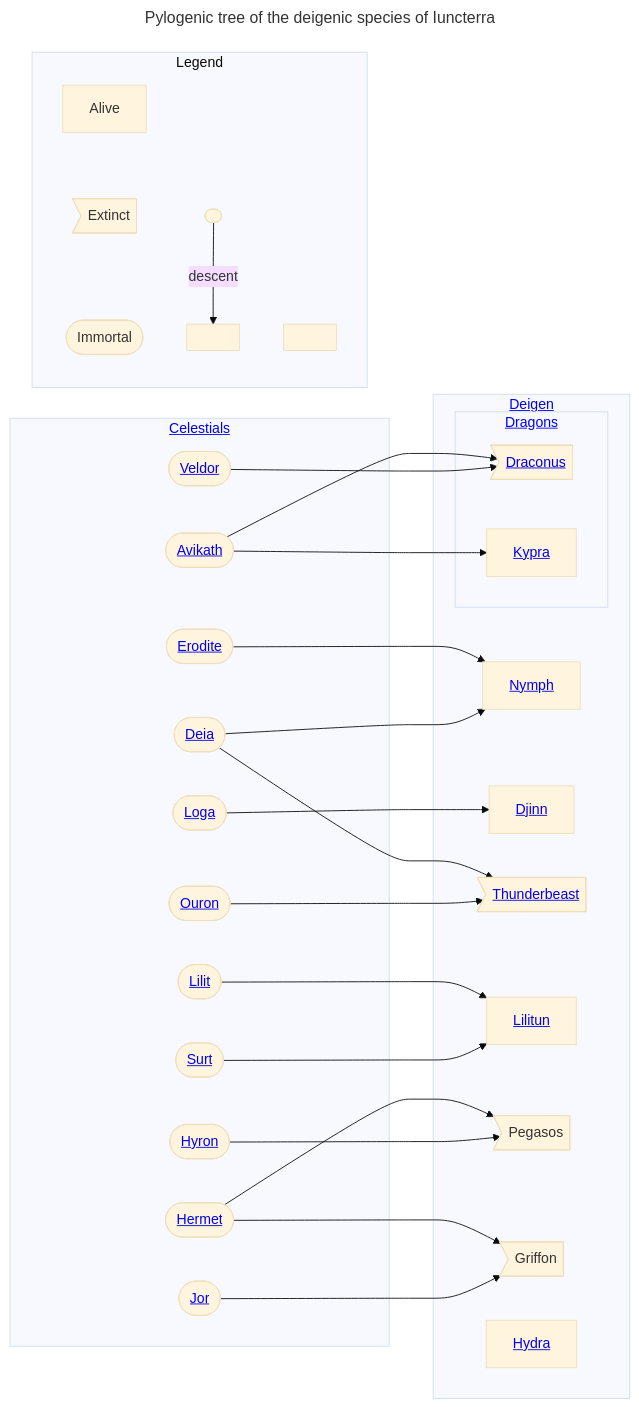
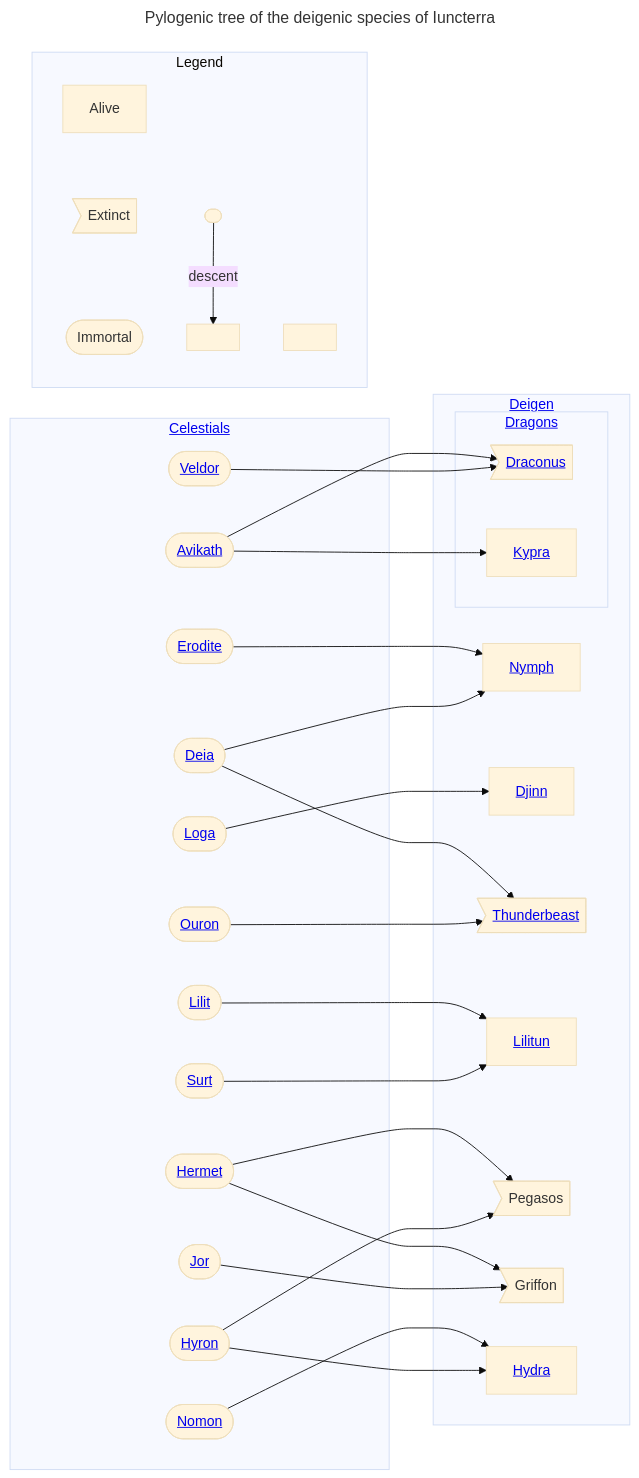
The diagram in source/species/deigen/index.md (TEParsons/Iuncterra), drawn with Mermaid (base theme) before and after one commit.

Commit message:
Add parentage for hydra

````diff
--- a/source/species/deigen/index.md
+++ b/source/species/deigen/index.md
@@ -5,65 +5,68 @@
 ```mermaid
 ---
 title: Pylogenic tree of the deigenic species of Iuncterra
 ---
 flowchart LR
 
 %% define nodes
 subgraph celestials [<a href=/cosmology>Celestials</a>]
 veldor([<a href=/cosmology/fey/fey_tira/veldor>Veldor</a>])
 deia([<a href=/cosmology/fey/fey_eilea/deia>Deia</a>])
 ouron([<a href=/cosmology/fey/fey_eilea/ouron>Ouron</a>])
 jor([<a href=/cosmology/fey/fey_tira/jor>Jor</a>])
 hyron([<a href=/cosmology/fey_tira/hyron>Hyron</a>])
 avikath([<a href=/cosmology/daemons/malefices/avikath>Avikath</a>])
 erodite([<a href=/cosmology/daemons/erodite>Erodite</a>])
 hermet([<a href=/cosmology/daemons/seraphim/hermet>Hermet</a>])
 loga([<a href=/cosmology/daemons/malefices/loga>Loga</a>])
 lilit([<a href=/cosmology/daemons/malefices/lilit>Lilit</a>])
 surt([<a href=/cosmology/daemons/malefices/surt>Surt</a>])
+nomon([<a href=/cosmology/daemons/ambiguates/nomon>Nomon</a>])
 end
 subgraph deigen [<a href=/species/deigen>Deigen</a>]
 subgraph dragons[<a href=/species/deigen/dragons>Dragons</a>]
 draconus><a href=/species/deigen/dragons/draconus>Draconus</a>]
 kypra[<a href=/species/deigen/dragons/kypra>Kypra</a>]
 end
 nymph[<a href=/species/deigen/nymph>Nymph</a>]
 djinn[<a href=/species/deigen/djinn>Djinn</a>]
 nymph[<a href=/species/deigen/nymph>Nymph</a>]
 thunderbeast><a href=/species/deigen/thunderbeast>Thunderbeast</a>]
 lilitun[<a href=/species/deigen/lilitun>Lilitun</a>]
 pegasos>Pegasos]
 griffon>Griffon]
 hydra[<a href=/species/deigen/hydra>Hydra</a>]
 end
 
 %% define relations
 avikath --> draconus
 veldor --> draconus
 avikath --> kypra
 erodite --> nymph
 deia --> nymph
 loga --> djinn
 deia --> thunderbeast
 ouron --> thunderbeast
 lilit --> lilitun
 surt --> lilitun
 hermet --> pegasos
 hyron --> pegasos
 hermet --> griffon
 jor --> griffon
+nomon --> hydra
+hyron --> hydra
 
 %% legend
 subgraph legend [Legend]
   alive[Alive]
   extinct>Extinct]
   immortal([Immortal])
   
   parent[ ]
   child[ ]
   immortalparent([ ])
 
   alive ~~~ extinct ~~~ immortal
   immortalparent -->|descent| child
 end
 ```
````
